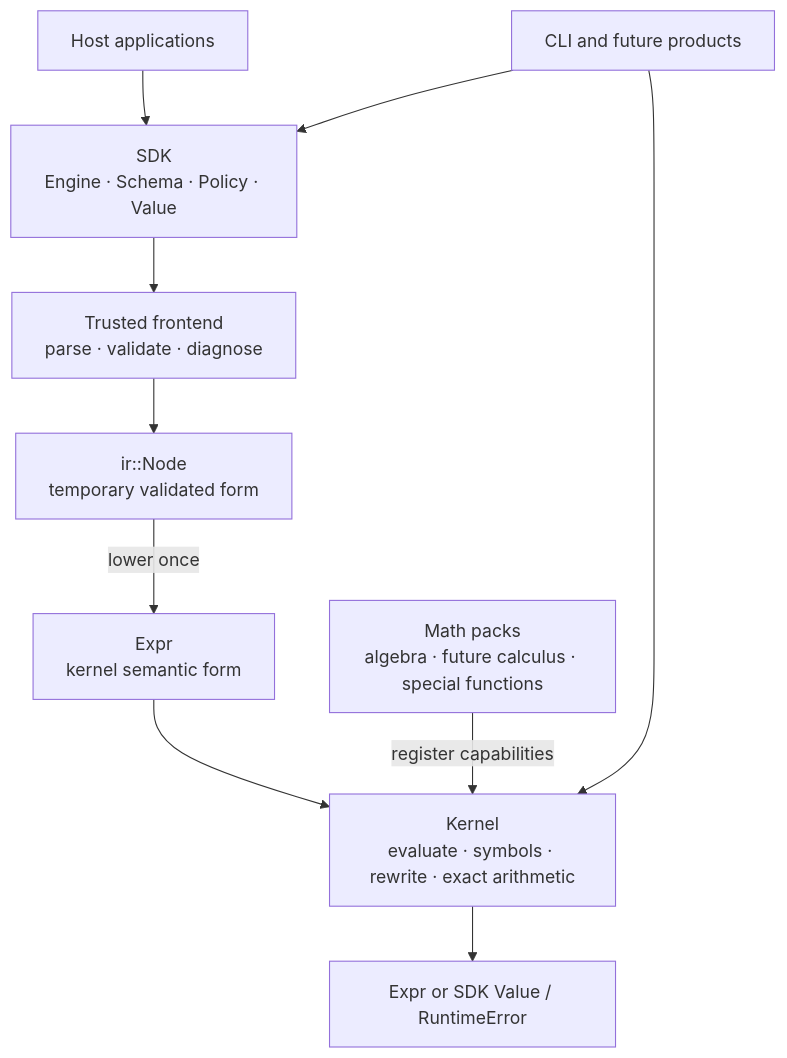
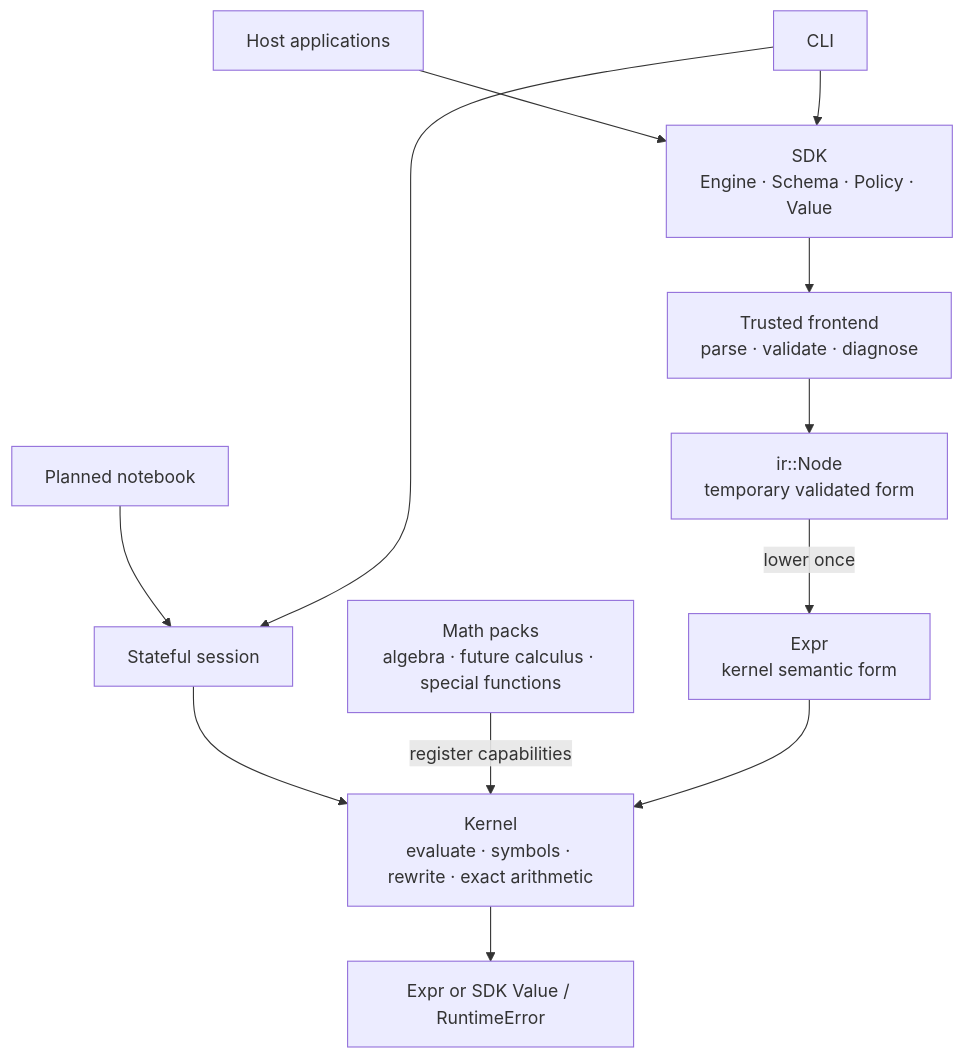
The first of 7 diagrams in docs/architecture.md (sergiorf/aleph3), drawn with Mermaid before and after one commit. The commit also changed other lines of this file and 11 other files, not shown here.

````diff
--- a/docs/architecture.md
+++ b/docs/architecture.md
@@ -16,12 +16,14 @@
 ```mermaid
 flowchart TB
     Host["Host applications"] --> SDK["SDK<br/>Engine · Schema · Policy · Value"]
-    CLI["CLI and future products"] --> SDK
-    CLI --> Kernel
+    Notebook["Planned notebook"] --> Session["Stateful session"]
+    CLI["CLI"] --> Session
+    Session --> Kernel
+    CLI --> SDK
     SDK --> Frontend["Trusted frontend<br/>parse · validate · diagnose"]
     Frontend --> IR["ir::Node<br/>temporary validated form"]
     IR -->|lower once| Expr["Expr<br/>kernel semantic form"]
     Packs["Math packs<br/>algebra · future calculus · special functions"] -->|register capabilities| Kernel
     Expr --> Kernel["Kernel<br/>evaluate · symbols · rewrite · exact arithmetic"]
     Kernel --> Result["Expr or SDK Value / RuntimeError"]
 ```
````
